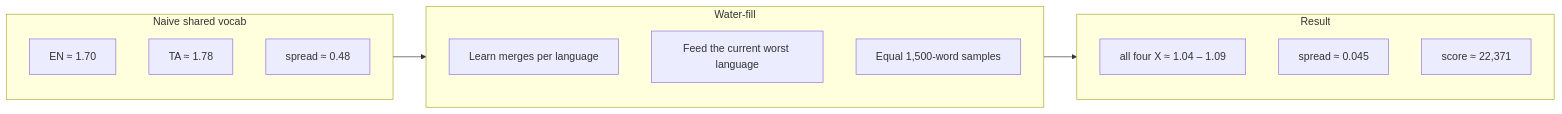
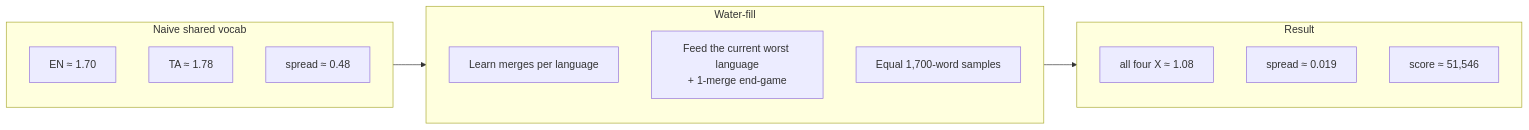
The third of 3 diagrams in README.md (saitej123/ERA-V5-Week-2), drawn with Mermaid before and after one commit. The commit also changed other lines of this file and 14 other files, not shown here.

````diff
--- a/README.md
+++ b/README.md
@@ -139,19 +159,19 @@
 ```mermaid
 flowchart LR
     subgraph problem [Naive shared vocab]
         P1["EN ≈ 1.70"]
         P2["TA ≈ 1.78"]
         P3["spread ≈ 0.48"]
     end
     subgraph solution [Water-fill]
         S1["Learn merges per language"]
-        S2["Feed the current worst language"]
-        S3["Equal 1,500-word samples"]
+        S2["Feed the current worst language<br/>+ 1-merge end-game"]
+        S3["Equal 1,700-word samples"]
     end
     subgraph result [Result]
-        R1["all four X ≈ 1.04 – 1.09"]
-        R2["spread ≈ 0.045"]
-        R3["score ≈ 22,371"]
+        R1["all four X ≈ 1.08"]
+        R2["spread ≈ 0.019"]
+        R3["score ≈ 51,546"]
     end
     problem --> solution --> result
 ```
````
